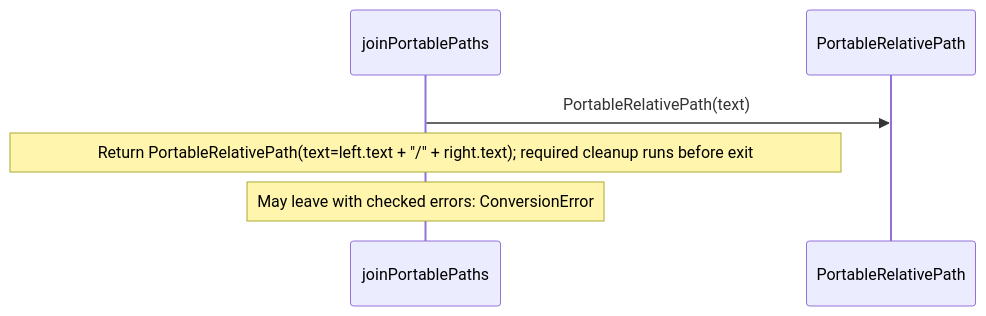
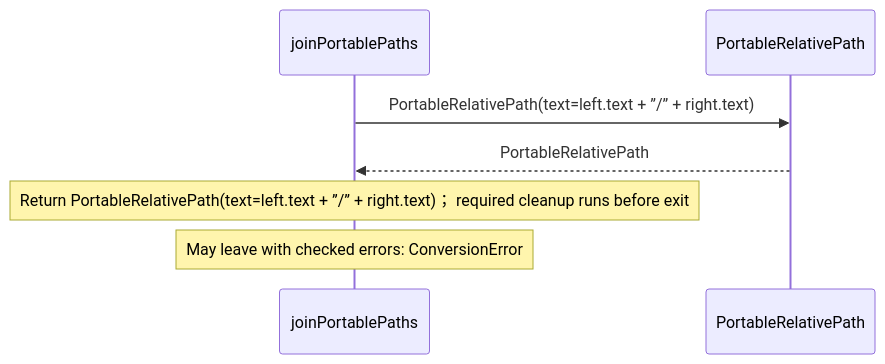
The fifth of 8 diagrams in src/stdlib/values/paths.aug.diagrams.md (GreenPandaStudios/augscript), drawn with Mermaid before and after one commit. The commit also changed other lines of this file and 524 other files, not shown here.

Commit message:
Explain checked data flow at folder and service levels

````diff
--- a/src/stdlib/values/paths.aug.diagrams.md
+++ b/src/stdlib/values/paths.aug.diagrams.md
@@ -102,8 +96,9 @@
 ```mermaid
 sequenceDiagram
     participant p0 as joinPortablePaths
     participant p1 as PortableRelativePath
-    p0->>p1: PortableRelativePath(text)
-    Note over p0: Return PortableRelativePath(text=left.text + #34;/#34; + right.text)#59; required cleanup runs before exit
+    p0->>p1: PortableRelativePath(text=left.text + ”/” + right.text)
+    p1-->>p0: PortableRelativePath
+    Note over p0: Return PortableRelativePath(text=left.text + ”/” + right.text)； required cleanup runs before exit
     Note over p0: May leave with checked errors: ConversionError
 ```
````
